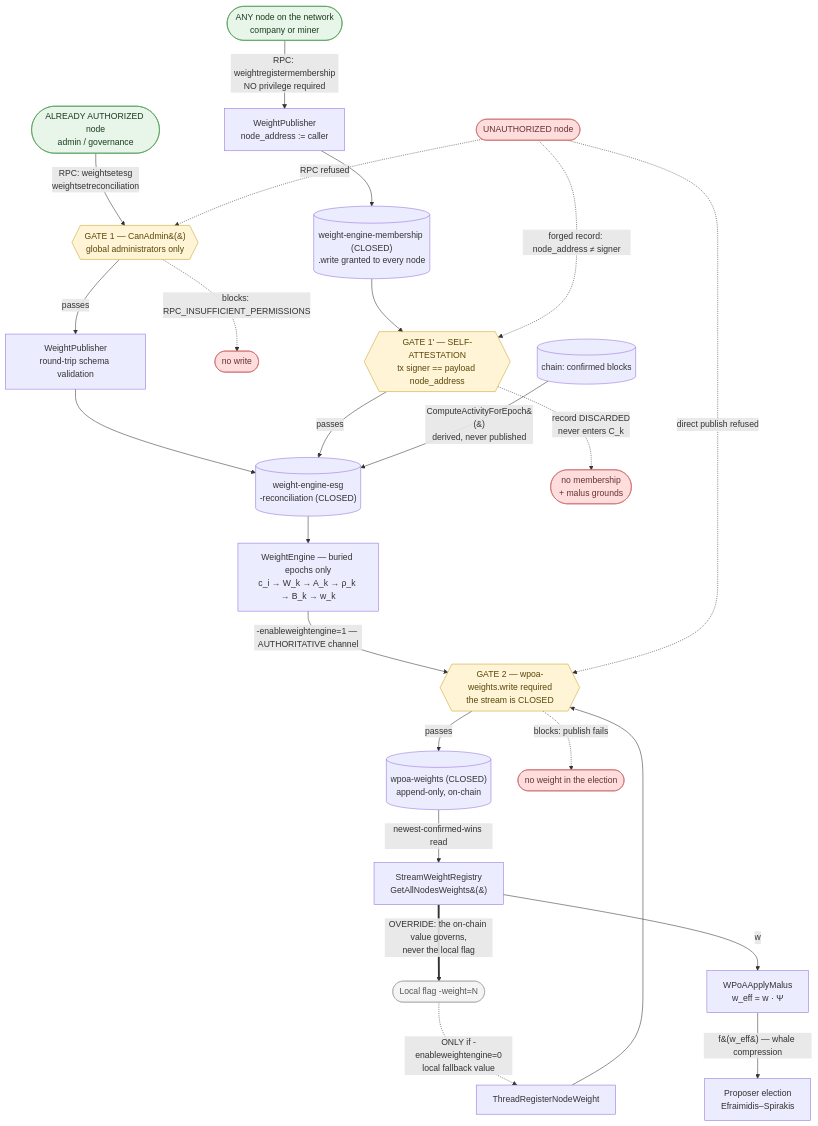
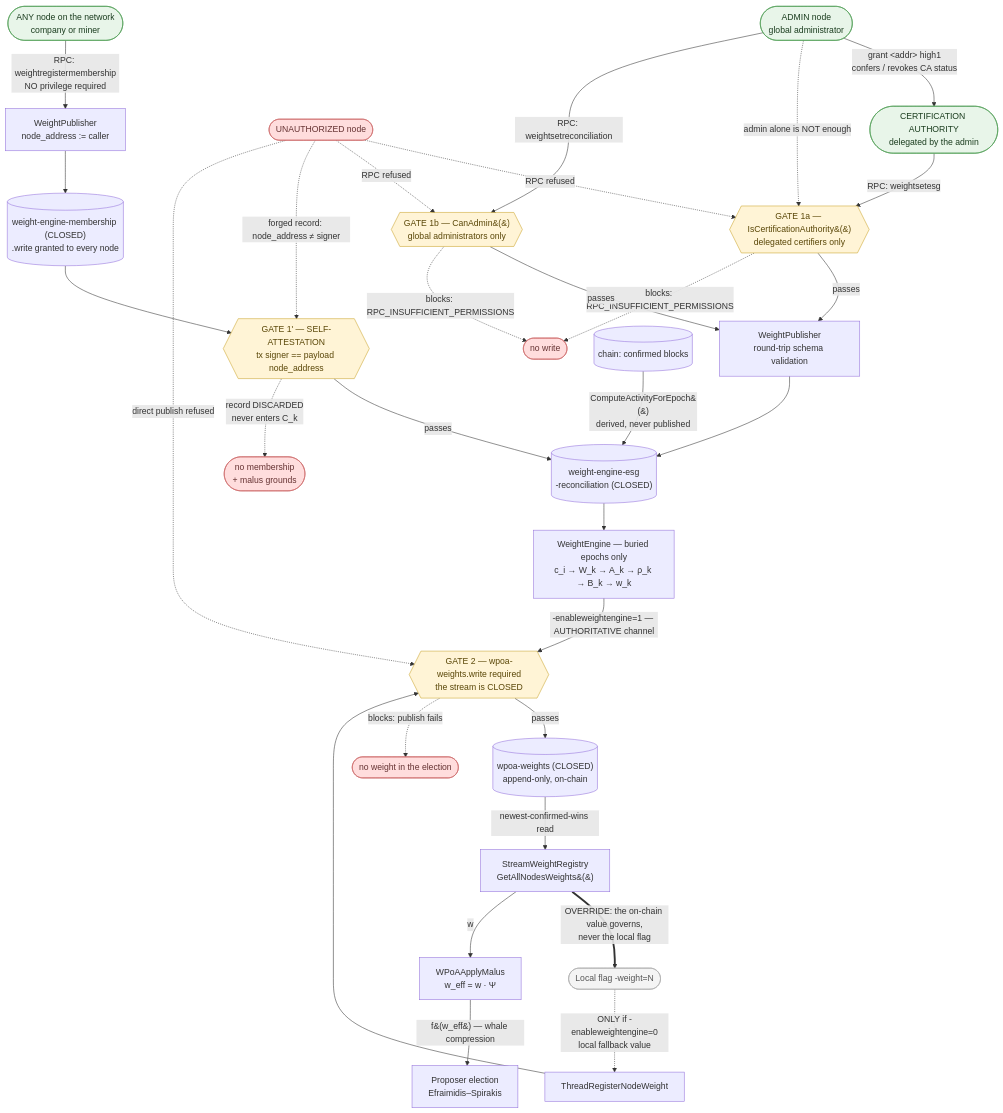
The diagram in src/wpoa/docs/implementation-status.md (FeMattu/multichain), drawn with Mermaid before and after one commit. The commit also changed other lines of this file and 10 other files, not shown here.

````diff
--- a/src/wpoa/docs/implementation-status.md
+++ b/src/wpoa/docs/implementation-status.md
@@ -75,49 +75,59 @@
 ```mermaid
 flowchart TD
-    ADM([ALREADY AUTHORIZED node<br/>admin / governance]):::ok
+    ADM([ADMIN node<br/>global administrator]):::ok
+    CA([CERTIFICATION AUTHORITY<br/>delegated by the admin]):::ok
     UNAUTH([UNAUTHORIZED node]):::bad
     ANYNODE([ANY node on the network<br/>company or miner]):::ok
 
-    ADM -->|"RPC: weightsetesg<br/>weightsetreconciliation"| GATE_ADM
+    ADM -->|"grant &lt;addr&gt; high1<br/>confers / revokes CA status"| CA
+    CA -->|"RPC: weightsetesg"| GATE_CA
+    UNAUTH -.->|"RPC refused"| GATE_CA
+    ADM -.->|"admin alone is NOT enough"| GATE_CA
+
+    GATE_CA{{"GATE 1a — IsCertificationAuthority&#40;&#41;<br/>delegated certifiers only"}}:::gate
+    GATE_CA -->|passes| PUB
+    GATE_CA -.->|"blocks: RPC_INSUFFICIENT_PERMISSIONS"| DENY1
+
+    ADM -->|"RPC: weightsetreconciliation"| GATE_ADM
     UNAUTH -.->|"RPC refused"| GATE_ADM
 
-    GATE_ADM{{"GATE 1 — CanAdmin&#40;&#41;<br/>global administrators only"}}:::gate
+    GATE_ADM{{"GATE 1b — CanAdmin&#40;&#41;<br/>global administrators only"}}:::gate
     GATE_ADM -->|passes| PUB["WeightPublisher<br/>round-trip schema validation"]
     GATE_ADM -.->|"blocks: RPC_INSUFFICIENT_PERMISSIONS"| DENY1([no write]):::bad
 
     PUB --> INS[("weight-engine-esg<br/>-reconciliation  (CLOSED)")]
 
     ANYNODE -->|"RPC: weightregistermembership<br/>NO privilege required"| PUBM["WeightPublisher<br/>node_address := caller"]
     PUBM --> MEMS[("weight-engine-membership (CLOSED)<br/>.write granted to every node")]
 
     MEMS --> GATE_SELF{{"GATE 1' — SELF-ATTESTATION<br/>tx signer == payload node_address"}}:::gate
     GATE_SELF -->|passes| INS
     GATE_SELF -.->|"record DISCARDED<br/>never enters C_k"| DENY_M([no membership<br/>+ malus grounds]):::bad
     UNAUTH -.->|"forged record: node_address ≠ signer"| GATE_SELF
 
     CHAIN[("chain: confirmed blocks")] -->|"ComputeActivityForEpoch&#40;&#41;<br/>derived, never published"| INS
 
     INS --> ENG["WeightEngine — buried epochs only<br/>c_i → W_k → A_k → ρ_k → B_k → w_k"]
 
     CLI([Local flag -weight=N]):::weak
     CLI -.->|"ONLY if -enableweightengine=0<br/>local fallback value"| STAT["ThreadRegisterNodeWeight"]
 
     ENG -->|"-enableweightengine=1 — AUTHORITATIVE channel"| GATE_W
     STAT --> GATE_W
 
     GATE_W{{"GATE 2 — wpoa-weights.write required<br/>the stream is CLOSED"}}:::gate
     GATE_W -->|passes| WSTREAM[("wpoa-weights (CLOSED)<br/>append-only, on-chain")]
     GATE_W -.->|"blocks: publish fails"| DENY2([no weight in the election]):::bad
     UNAUTH -.->|"direct publish refused"| GATE_W
 
     WSTREAM -->|"newest-confirmed-wins read"| REG["StreamWeightRegistry<br/>GetAllNodesWeights&#40;&#41;"]
     REG ==>|"OVERRIDE: the on-chain value governs,<br/>never the local flag"| CLI
 
     REG -->|"w"| MAL["WPoAApplyMalus<br/>w_eff = w · Ψ"]
     MAL -->|"f&#40;w_eff&#41; — whale compression"| ELECT["Proposer election<br/>Efraimidis–Spirakis"]
 
     classDef ok   fill:#e8f5e9,stroke:#4c9a51,color:#1b3d1f;
     classDef bad  fill:#fdd,stroke:#c66,color:#633;
     classDef weak fill:#f4f4f4,stroke:#aaa,color:#555;
     classDef gate fill:#fff4d6,stroke:#c9a227,color:#5a4708;
 ```
````
